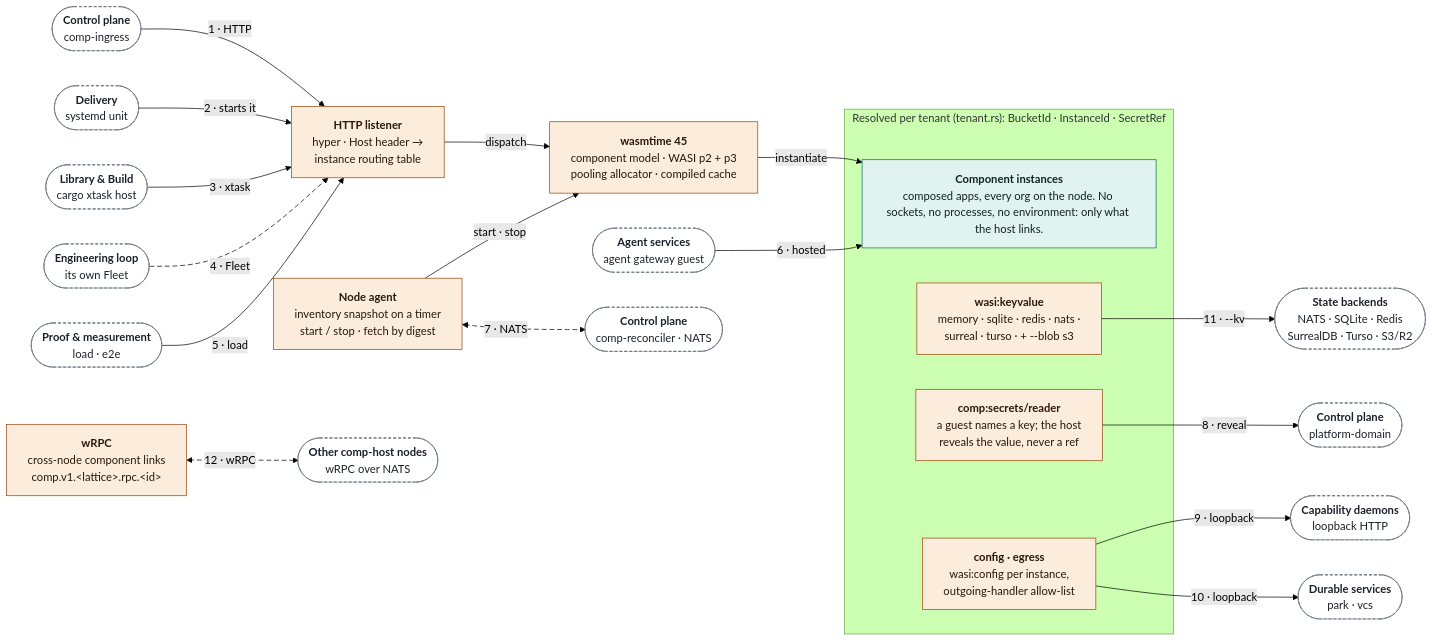
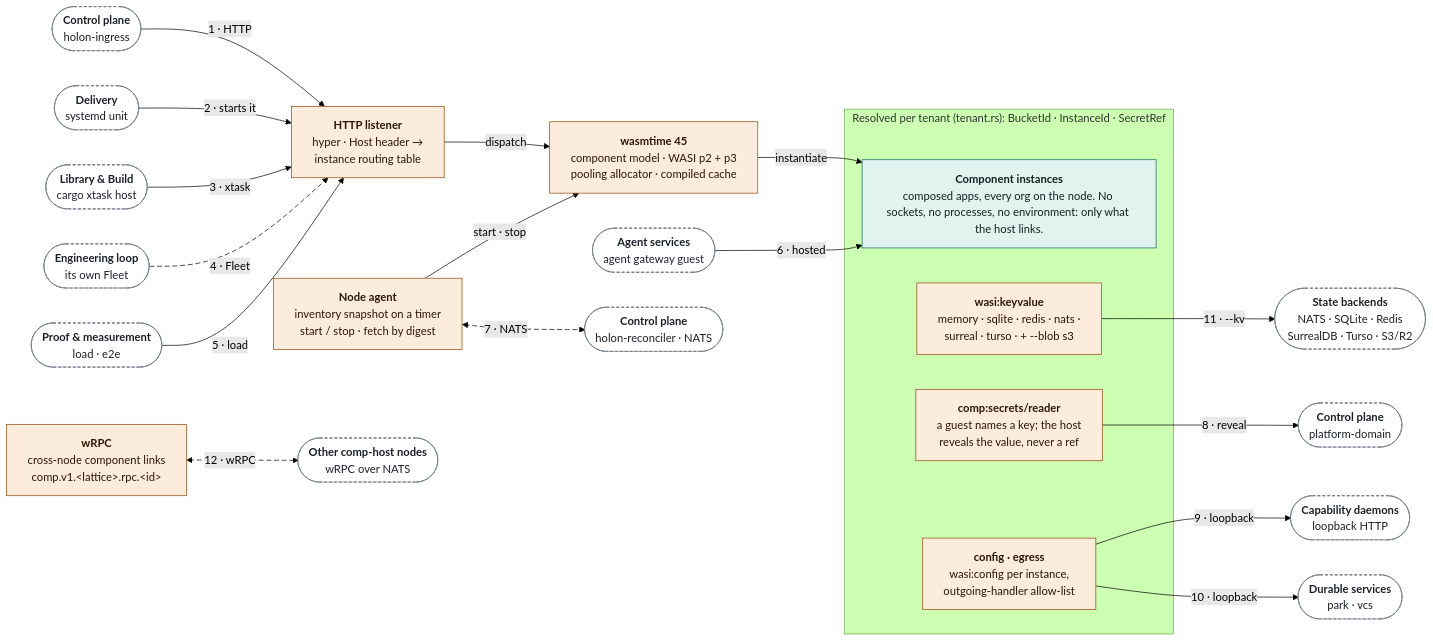
The fifth of 11 diagrams in docs/ARCHITECTURE.md (markkovari/holon), drawn with Mermaid (forest theme) before and after one commit. The commit also changed other lines of this file and 33 other files, not shown here.

Commit message:
refactor(naming): migrate host, lattice, reconciler to holon- (ADR-0118 Layer 3)

````diff
--- a/docs/ARCHITECTURE.md
+++ b/docs/ARCHITECTURE.md
@@ -316,51 +316,51 @@
 ```mermaid
 %%{init: {"flowchart": {"wrappingWidth": 360}}}%%
 flowchart LR
   classDef wasm fill:#e1f3ef,stroke:#0a6a5f,color:#10231f
   classDef native fill:#fbecdc,stroke:#954709,color:#2b1704
   classDef store fill:#eae7fa,stroke:#4a3fb0,color:#17123f
   classDef actor fill:#e4ebf7,stroke:#2a4977,color:#0f1d33
   classDef spec fill:#eef1f5,stroke:#465160,color:#1b2028
   classDef ext fill:#ffffff,stroke:#667180,color:#1b2028,stroke-dasharray:5 4
   classDef ghost fill:#ffffff,stroke:#667180,color:#1b2028,stroke-dasharray:4 3
   subgraph grp_tenant["Resolved per tenant (tenant.rs): BucketId · InstanceId · SecretRef"]
     n_inst["<b>Component instances</b><br/>composed apps, every org on the node. No sockets, no processes, no environment: only what the host links."]:::wasm
     n_kv["<b>wasi:keyvalue</b><br/>memory · sqlite · redis · nats ·<br/>surreal · turso · + --blob s3"]:::native
     n_secrets["<b>comp:secrets/reader</b><br/>a guest names a key; the host<br/>reveals the value, never a ref"]:::native
     n_cfg["<b>config · egress</b><br/>wasi:config per instance,<br/>outgoing-handler allow-list"]:::native
   end
   n_http["<b>HTTP listener</b><br/>hyper · Host header →<br/>instance routing table"]:::native
   n_engine["<b>wasmtime 45</b><br/>component model · WASI p2 + p3<br/>pooling allocator · compiled cache"]:::native
   n_agent["<b>Node agent</b><br/>inventory snapshot on a timer<br/>start / stop · fetch by digest"]:::native
   n_rpc["<b>wRPC</b><br/>cross-node component links<br/>comp.v1.#lt;lattice#gt;.rpc.#lt;id#gt;"]:::native
   n_g_del(["<b>Delivery</b><br/>systemd unit"]):::ghost
   n_g_lib(["<b>Library #amp; Build</b><br/>cargo xtask host"]):::ghost
   n_g_loop(["<b>Engineering loop</b><br/>its own Fleet"]):::ghost
   n_g_proof(["<b>Proof #amp; measurement</b><br/>load · e2e"]):::ghost
-  n_g_ing(["<b>Control plane</b><br/>comp-ingress"]):::ghost
+  n_g_ing(["<b>Control plane</b><br/>holon-ingress"]):::ghost
   n_g_agents(["<b>Agent services</b><br/>agent gateway guest"]):::ghost
   n_g_state(["<b>State backends</b><br/>NATS · SQLite · Redis<br/>SurrealDB · Turso · S3/R2"]):::ghost
-  n_g_cpn(["<b>Control plane</b><br/>comp-reconciler · NATS"]):::ghost
+  n_g_cpn(["<b>Control plane</b><br/>holon-reconciler · NATS"]):::ghost
   n_g_cp2(["<b>Control plane</b><br/>platform-domain"]):::ghost
   n_g_dae(["<b>Capability daemons</b><br/>loopback HTTP"]):::ghost
   n_g_dur(["<b>Durable services</b><br/>park · vcs"]):::ghost
   n_g_peer(["<b>Other comp-host nodes</b><br/>wRPC over NATS"]):::ghost
   n_http -- "dispatch" --> n_engine
   n_agent -- "start · stop" --> n_engine
   n_engine -- "instantiate" --> n_inst
   n_g_ing -- "1 · HTTP" --> n_http
   n_g_del -- "2 · starts it" --> n_http
   n_g_lib -- "3 · xtask" --> n_http
   n_g_loop -- "4 · Fleet" --> n_http
   n_g_proof -- "5 · load" --> n_http
   n_g_agents -- "6 · hosted" --> n_inst
   n_agent <-- "7 · NATS" --> n_g_cpn
   n_secrets -- "8 · reveal" --> n_g_cp2
   n_cfg -- "9 · loopback" --> n_g_dae
   n_cfg -- "10 · loopback" --> n_g_dur
   n_kv -- "11 · --kv" --> n_g_state
   n_rpc <-- "12 · wRPC" --> n_g_peer
   linkStyle 6 stroke-dasharray:7 4
   linkStyle 9 stroke-dasharray:7 4
   linkStyle 14 stroke-dasharray:7 4
 ```
````
